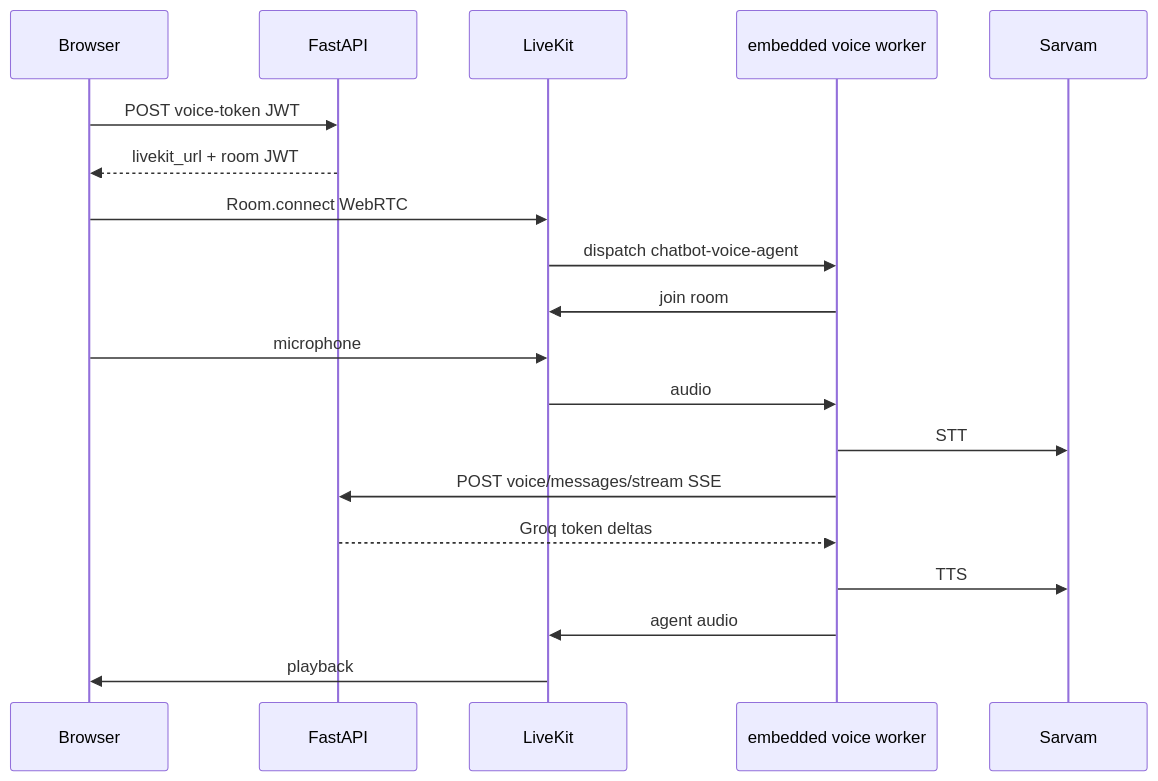
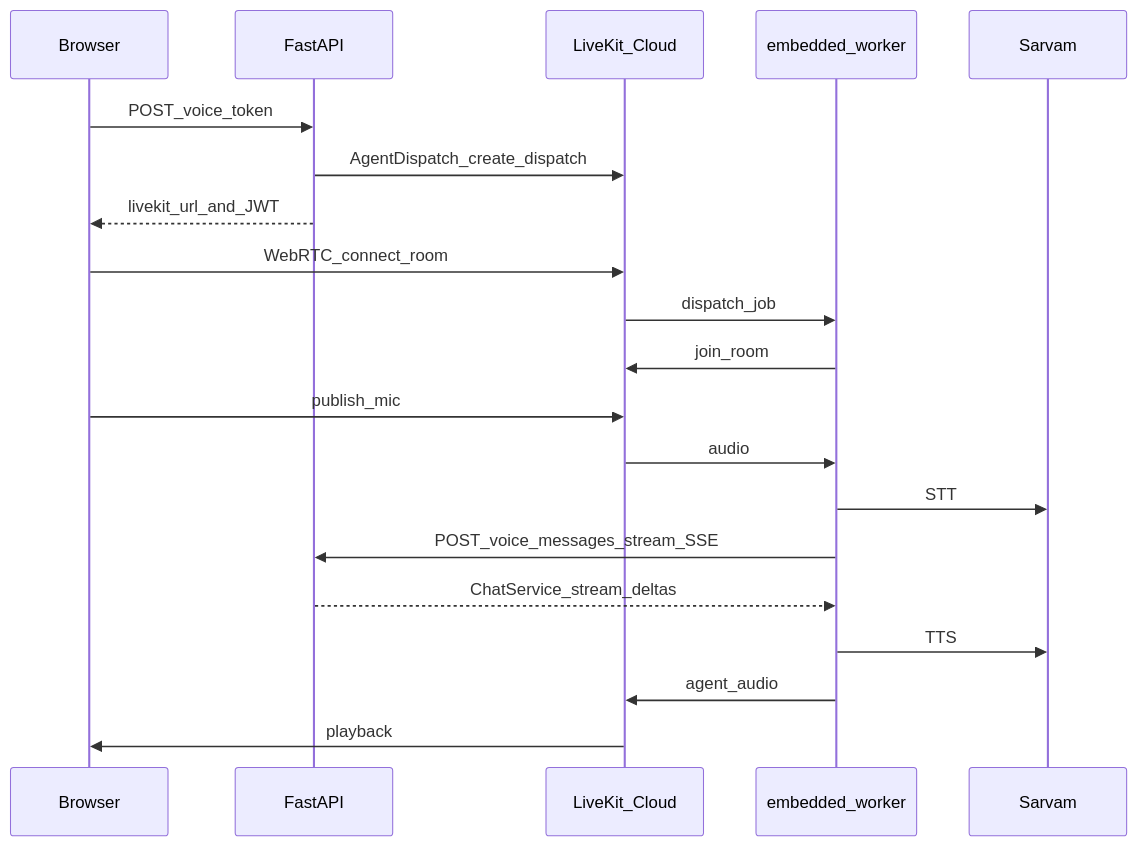
The eighth of 8 diagrams in README.md (SHRIYAASK/chatbot-platform_assignment), drawn with Mermaid before and after one commit. The commit also changed other lines of this file and 10 other files, not shown here.

First line of the commit message:
Add Synora landing page and architecture documentation.

````diff
--- a/README.md
+++ b/README.md
@@ -232,22 +286,22 @@
 ```mermaid
 sequenceDiagram
     participant FE as Browser
     participant API as FastAPI
-    participant LK as LiveKit
-    participant VA as embedded voice worker
+    participant LK as LiveKit_Cloud
+    participant VA as embedded_worker
     participant SV as Sarvam
-
-    FE->>API: POST voice-token JWT
-    API-->>FE: livekit_url + room JWT
-    FE->>LK: Room.connect WebRTC
-    LK->>VA: dispatch chatbot-voice-agent
-    VA->>LK: join room
-    FE->>LK: microphone
+    FE->>API: POST_voice_token
+    API->>LK: AgentDispatch_create_dispatch
+    API-->>FE: livekit_url_and_JWT
+    FE->>LK: WebRTC_connect_room
+    LK->>VA: dispatch_job
+    VA->>LK: join_room
+    FE->>LK: publish_mic
     LK->>VA: audio
     VA->>SV: STT
-    VA->>API: POST voice/messages/stream SSE
-    API-->>VA: Groq token deltas
+    VA->>API: POST_voice_messages_stream_SSE
+    API-->>VA: ChatService_stream_deltas
     VA->>SV: TTS
-    VA->>LK: agent audio
+    VA->>LK: agent_audio
     LK->>FE: playback
 ```
````
